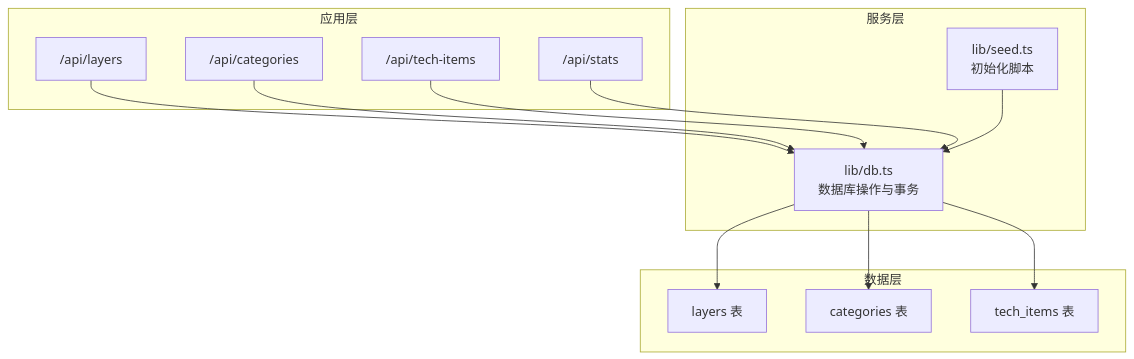
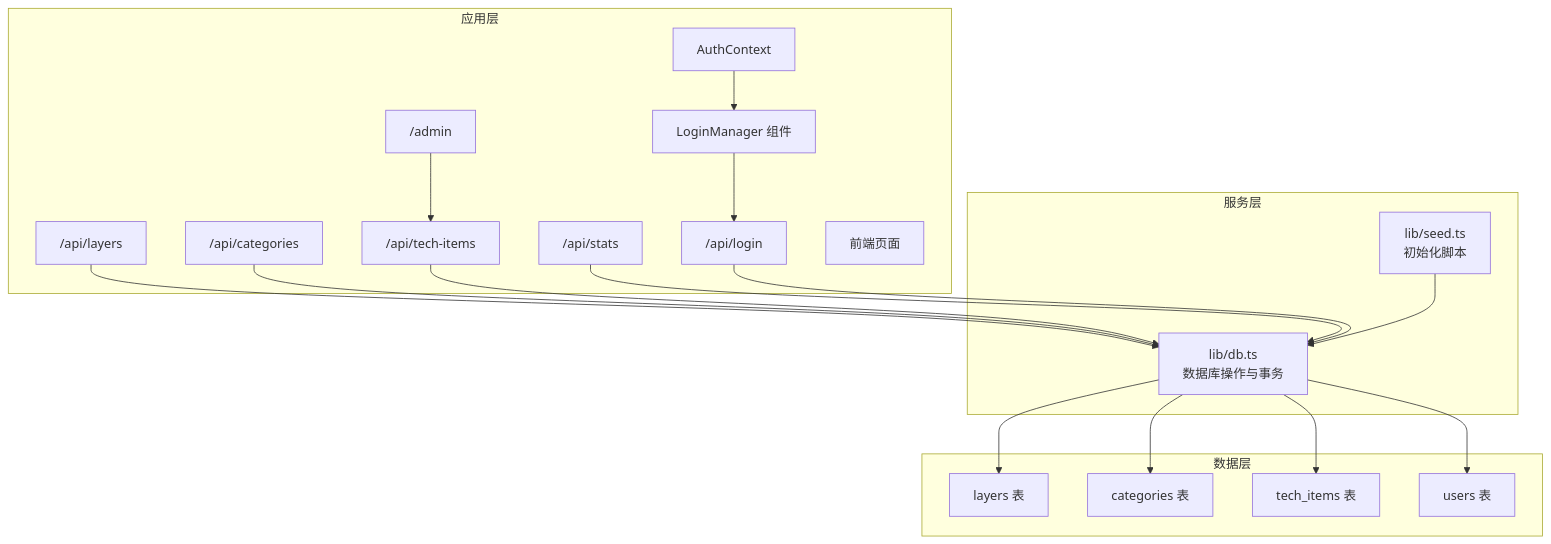
The first of 5 diagrams in .qoder/repowiki/zh/content/数据库设计/数据库设计.md (tutusiji/lantu-next), drawn with Mermaid before and after one commit. The commit also changed other lines of this file and 22 other files, not shown here.

````diff
--- a/.qoder/repowiki/zh/content/数据库设计/数据库设计.md
+++ b/.qoder/repowiki/zh/content/数据库设计/数据库设计.md
@@ -45,26 +53,37 @@
 ```mermaid
 graph TB
 subgraph "应用层"
 API_L["/api/layers"]
 API_C["/api/categories"]
 API_T["/api/tech-items"]
 API_S["/api/stats"]
+API_LOGIN["/api/login"]
+ADMIN_PAGE["/admin"]
+END_USER["前端页面"]
+LOGIN_COMP["LoginManager 组件"]
+AUTH_CTX["AuthContext"]
 end
 subgraph "服务层"
 DB["lib/db.ts<br/>数据库操作与事务"]
 SEED["lib/seed.ts<br/>初始化脚本"]
 end
 subgraph "数据层"
 LAYERS["layers 表"]
 CATEGORIES["categories 表"]
 TECH_ITEMS["tech_items 表"]
+USERS["users 表"]
 end
 API_L --> DB
 API_C --> DB
 API_T --> DB
 API_S --> DB
+API_LOGIN --> DB
 SEED --> DB
 DB --> LAYERS
 DB --> CATEGORIES
 DB --> TECH_ITEMS
+DB --> USERS
+AUTH_CTX --> LOGIN_COMP
+LOGIN_COMP --> API_LOGIN
+ADMIN_PAGE --> API_T
 ```
````
